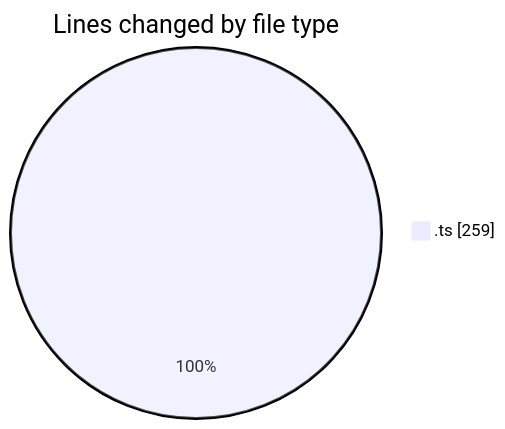
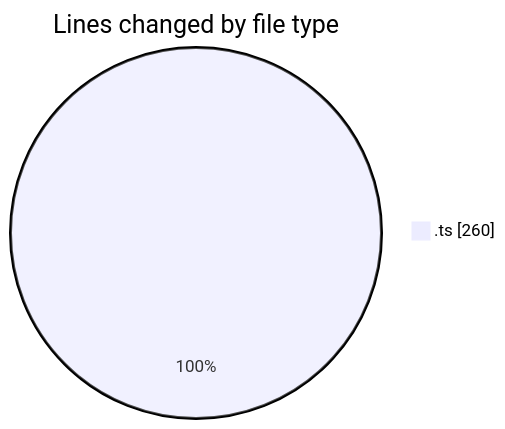
The first of 2 diagrams in 2026-02-09/singularitybrainai/README.md (tmsrecording-cyber/code-tracking), drawn with Mermaid before and after one commit. The commit also changed other lines of this file and 1 other file, not shown here.

````diff
--- a/2026-02-09/singularitybrainai/README.md
+++ b/2026-02-09/singularitybrainai/README.md
@@ -21,5 +21,5 @@
 ```mermaid
 pie showData
 title Lines changed by file type
-".ts" : 259
+".ts" : 260
 ```
````
